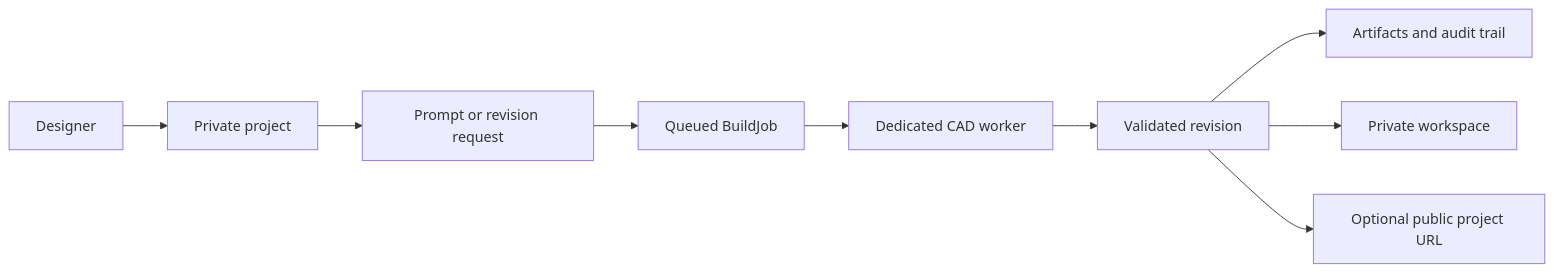
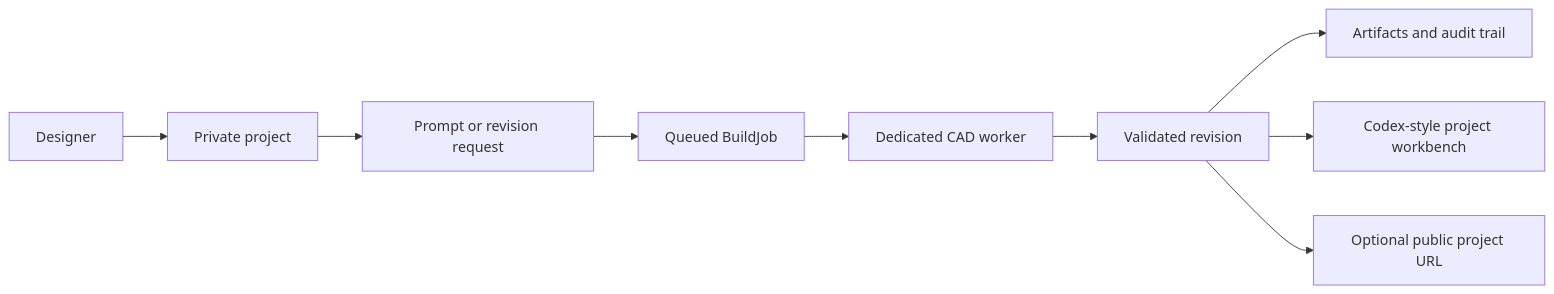
One commit to MananKakkar1/CadPilot changed the first of 4 diagrams in README.md. Above: the diagram before and after it, drawn with Mermaid. The commit also changed other lines of this file, not shown here.

Commit message:
Document workbench audit and run APIs

````diff
--- a/README.md
+++ b/README.md
@@ -9,11 +9,11 @@
 ```mermaid
 flowchart LR
   U[Designer] --> P[Private project]
   P --> C[Prompt or revision request]
   C --> Q[Queued BuildJob]
   Q --> W[Dedicated CAD worker]
   W --> R[Validated revision]
   R --> A[Artifacts and audit trail]
-  R --> V[Private workspace]
+  R --> V[Codex-style project workbench]
   R --> Pub[Optional public project URL]
 ```
````
